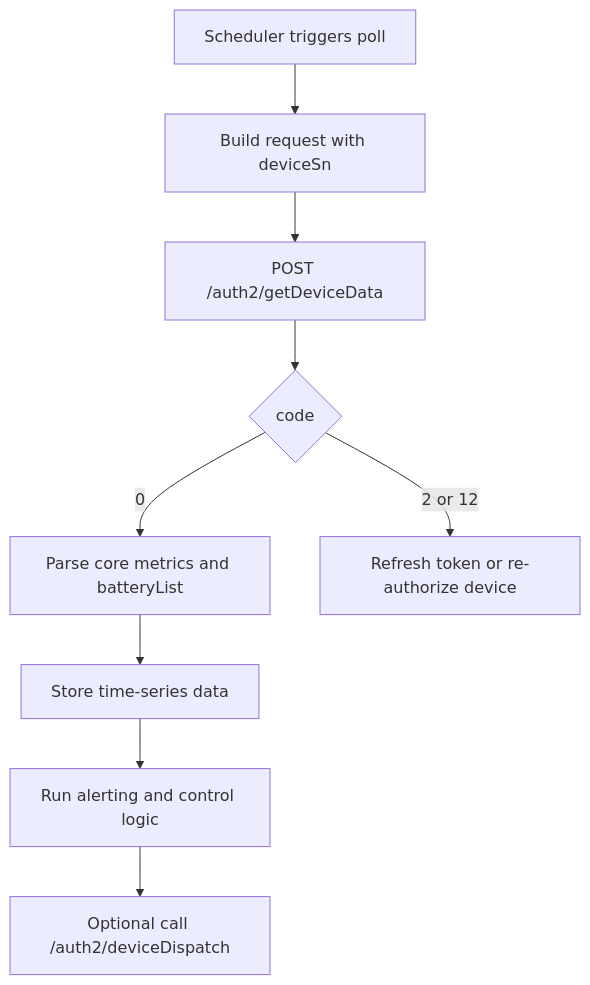
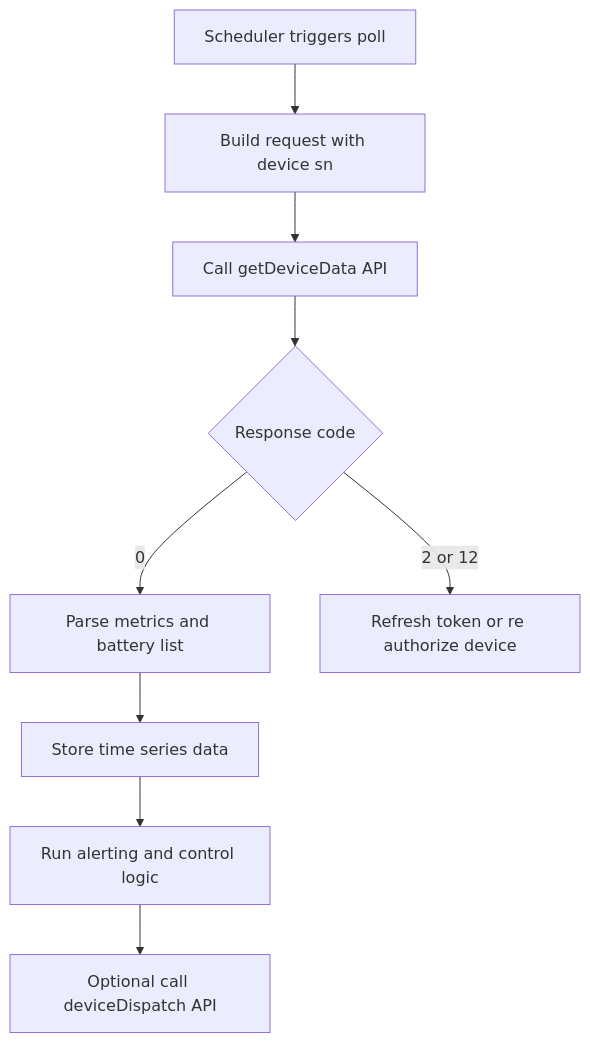
One commit to EugeneJian/growatt-unified-api changed the diagram in Growatt API/OPENAPI/08_api_device_data.md. Above: the diagram before and after it, drawn with Mermaid. The commit also changed 12 other files, not shown here.

First line of the commit message:
[docs]已按你给的 Mermaid代码的终极准则 4.1 对仓库内 全部 Mermaid 做了加固。

````diff
--- a/Growatt API/OPENAPI/08_api_device_data.md
+++ b/Growatt API/OPENAPI/08_api_device_data.md
@@ -15,11 +15,12 @@
 ```mermaid
+%% 本代码严格遵循AI生成Mermaid代码的终极准则v4.1（Mermaid终极大师）
 flowchart TD
-    A[Scheduler triggers poll] --> B[Build request with deviceSn]
-    B --> C[POST /auth2/getDeviceData]
-    C --> D{code}
-    D -->|0| E[Parse core metrics and batteryList]
-    D -->|2 or 12| F[Refresh token or re-authorize device]
-    E --> G[Store time-series data]
-    G --> H[Run alerting and control logic]
-    H --> I[Optional call /auth2/deviceDispatch]
+    A["Scheduler triggers poll"] --> B["Build request with device sn"]
+    B --> C["Call getDeviceData API"]
+    C --> D{"Response code"}
+    D -->|"0"| E["Parse metrics and battery list"]
+    D -->|"2 or 12"| F["Refresh token or re authorize device"]
+    E --> G["Store time series data"]
+    G --> H["Run alerting and control logic"]
+    H --> I["Optional call deviceDispatch API"]
 ```
````
